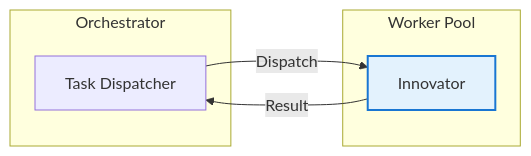
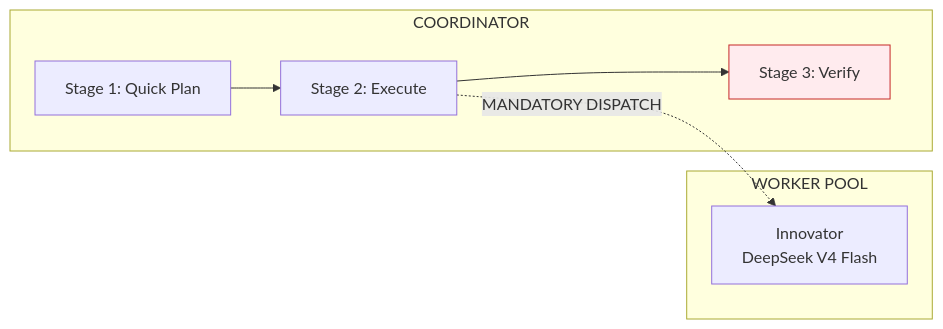
Before and after one commit to MohamedNamper333/swarm-agent: the first of 2 diagrams in SWARM-TEST-001-EASY.md, drawn with Mermaid. The commit also changed other lines of this file and 16 other files, not shown here.

````diff
--- a/SWARM-TEST-001-EASY.md
+++ b/SWARM-TEST-001-EASY.md
@@ -45,15 +60,17 @@
 ```mermaid
 graph LR
-    subgraph "Orchestrator"
-        O[Task Dispatcher]
+    subgraph "COORDINATOR"
+        C1[Stage 1: Quick Plan]
+        C2[Stage 2: Execute]
+        C3[Stage 3: Verify]
     end
     
-    subgraph "Worker Pool"
-        I[Innovator]
+    subgraph "WORKER POOL"
+        I[Innovator<br/>DeepSeek V4 Flash]
     end
     
-    O -->|Dispatch| I
-    I -->|Result| O
+    C1 --> C2 --> C3
+    C2 -.->|MANDATORY DISPATCH| I
     
-    style I fill:#e3f2fd,stroke:#1976d2,stroke-width:2px
+    style C3 fill:#ffebee,stroke:#c62828
 ```
````
